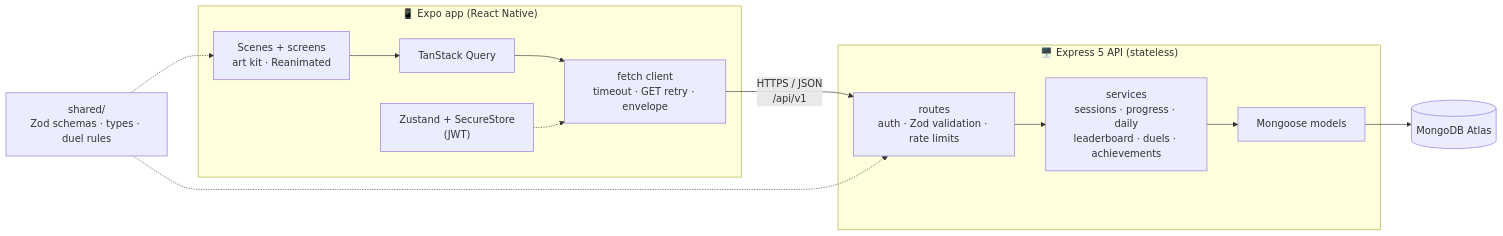
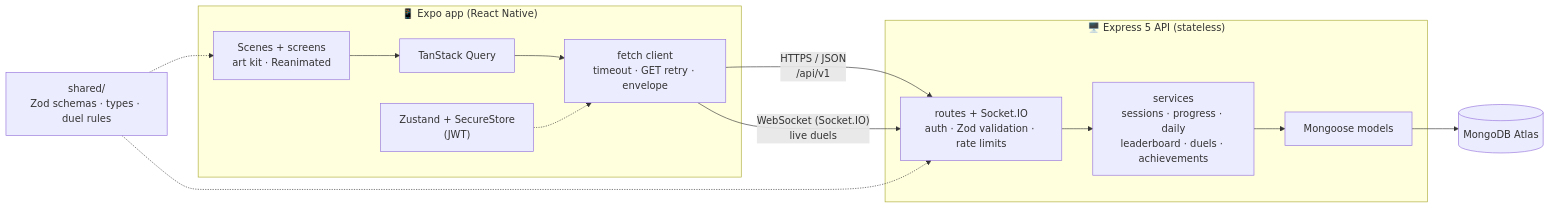
Before and after one commit to rajdeep-2004/luna: the first of 2 diagrams in README.md, drawn with Mermaid. The commit also changed other lines of this file and 5 other files, not shown here.

````diff
--- a/README.md
+++ b/README.md
@@ -193,15 +214,16 @@
 ```mermaid
 flowchart LR
   subgraph Phone["📱 Expo app (React Native)"]
     UI["Scenes + screens<br/>art kit · Reanimated"] --> Q["TanStack Query"] --> C["fetch client<br/>timeout · GET retry · envelope"]
     S["Zustand + SecureStore<br/>(JWT)"] -.-> C
   end
   C -- "HTTPS / JSON<br/>/api/v1" --> API
+  C -- "WebSocket (Socket.IO)<br/>live duels" --> API
   subgraph Server["🖥️ Express 5 API (stateless)"]
-    API["routes<br/>auth · Zod validation · rate limits"] --> SVC["services<br/>sessions · progress · daily<br/>leaderboard · duels · achievements"]
+    API["routes + Socket.IO<br/>auth · Zod validation · rate limits"] --> SVC["services<br/>sessions · progress · daily<br/>leaderboard · duels · achievements"]
     SVC --> M["Mongoose models"]
   end
   M --> DB[("MongoDB Atlas")]
   SH["shared/<br/>Zod schemas · types · duel rules"] -.-> UI
   SH -.-> API
 ```
````
